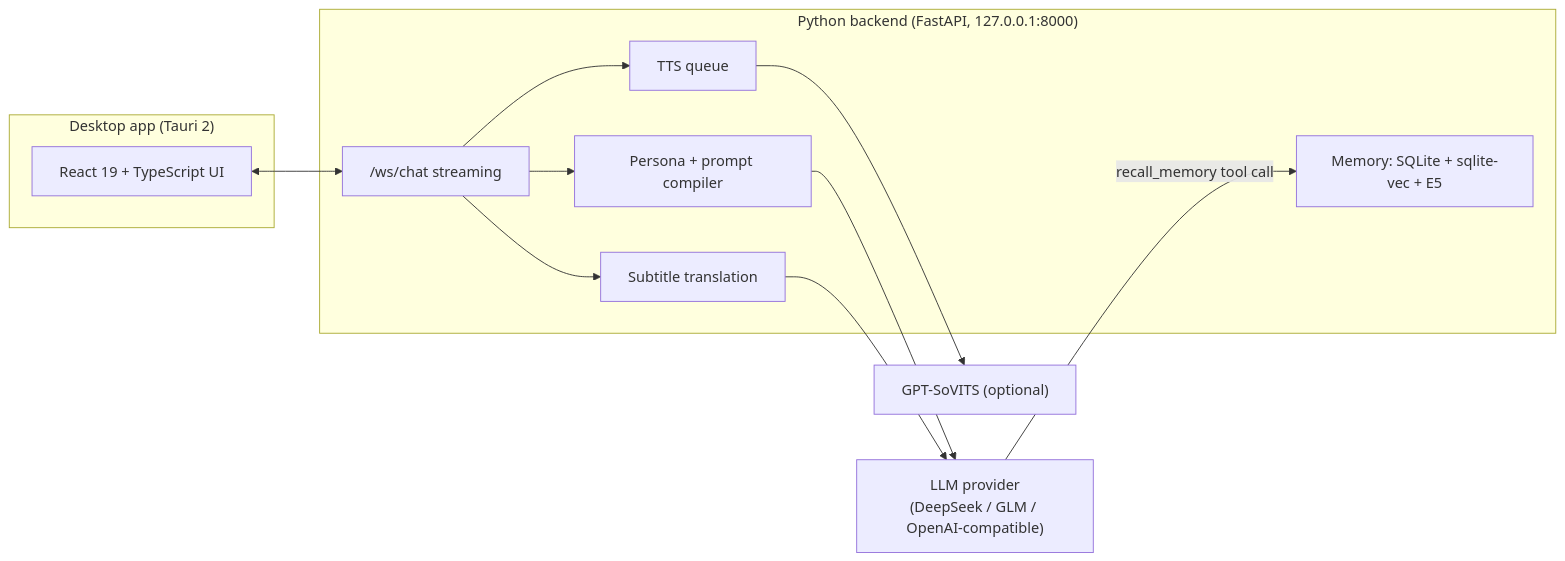
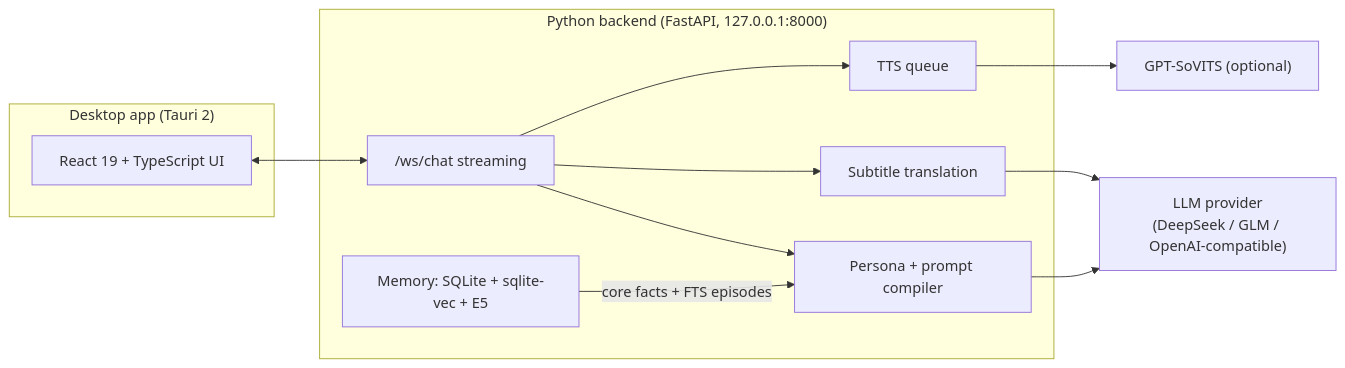
One commit to meditecnic/AMADEUS changed the diagram in README.md. Above: the diagram before and after it, drawn with Mermaid. The commit also changed other lines of this file and 1 other file, not shown here.

Commit message:
docs(readme): fix dev setup steps and default memory description

````diff
--- a/README.md
+++ b/README.md
@@ -26,20 +26,20 @@
 ```mermaid
 flowchart LR
   subgraph Desktop["Desktop app (Tauri 2)"]
     UI["React 19 + TypeScript UI"]
   end
   subgraph Backend["Python backend (FastAPI, 127.0.0.1:8000)"]
     WS["/ws/chat streaming"]
     Persona["Persona + prompt compiler"]
     Mem["Memory: SQLite + sqlite-vec + E5"]
     Tr["Subtitle translation"]
     TTS["TTS queue"]
   end
   LLM["LLM provider<br/>(DeepSeek / GLM / OpenAI-compatible)"]
   Sovits["GPT-SoVITS (optional)"]
   UI <--> WS
   WS --> Persona --> LLM
-  LLM -- "recall_memory tool call" --> Mem
+  Mem -- "core facts + FTS episodes" --> Persona
   WS --> Tr --> LLM
   WS --> TTS --> Sovits
 ```
````
